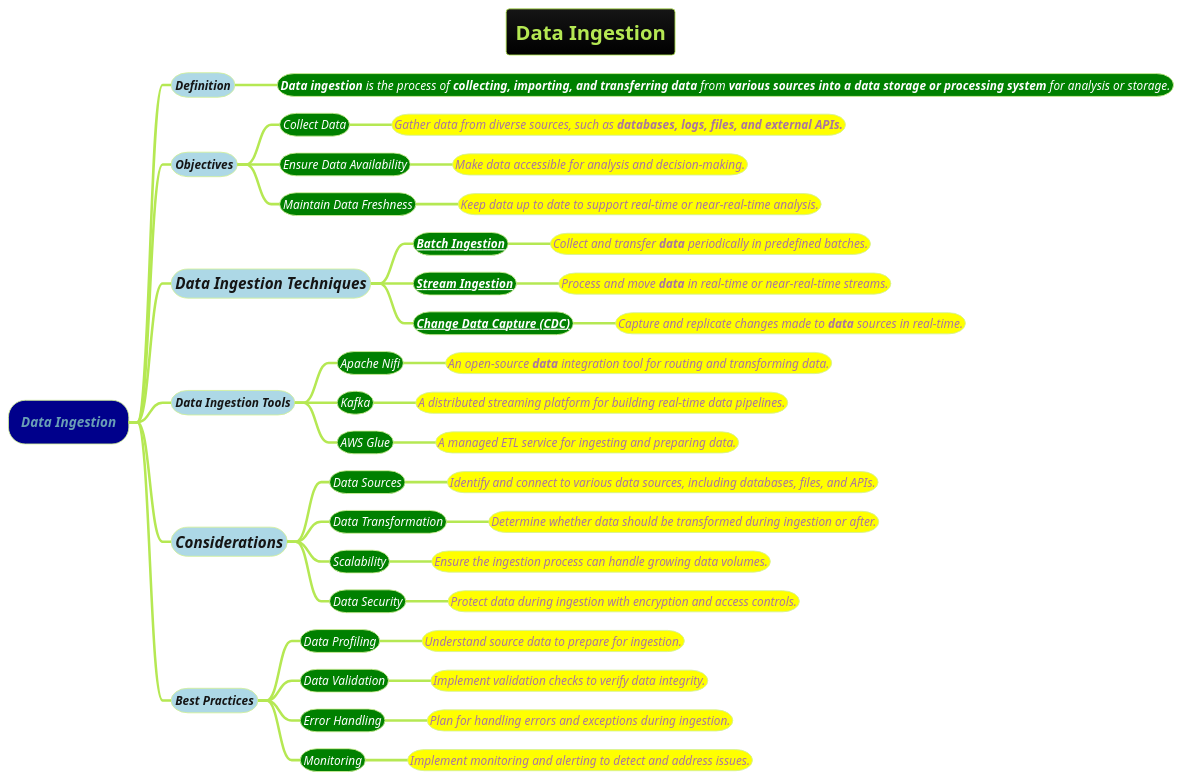
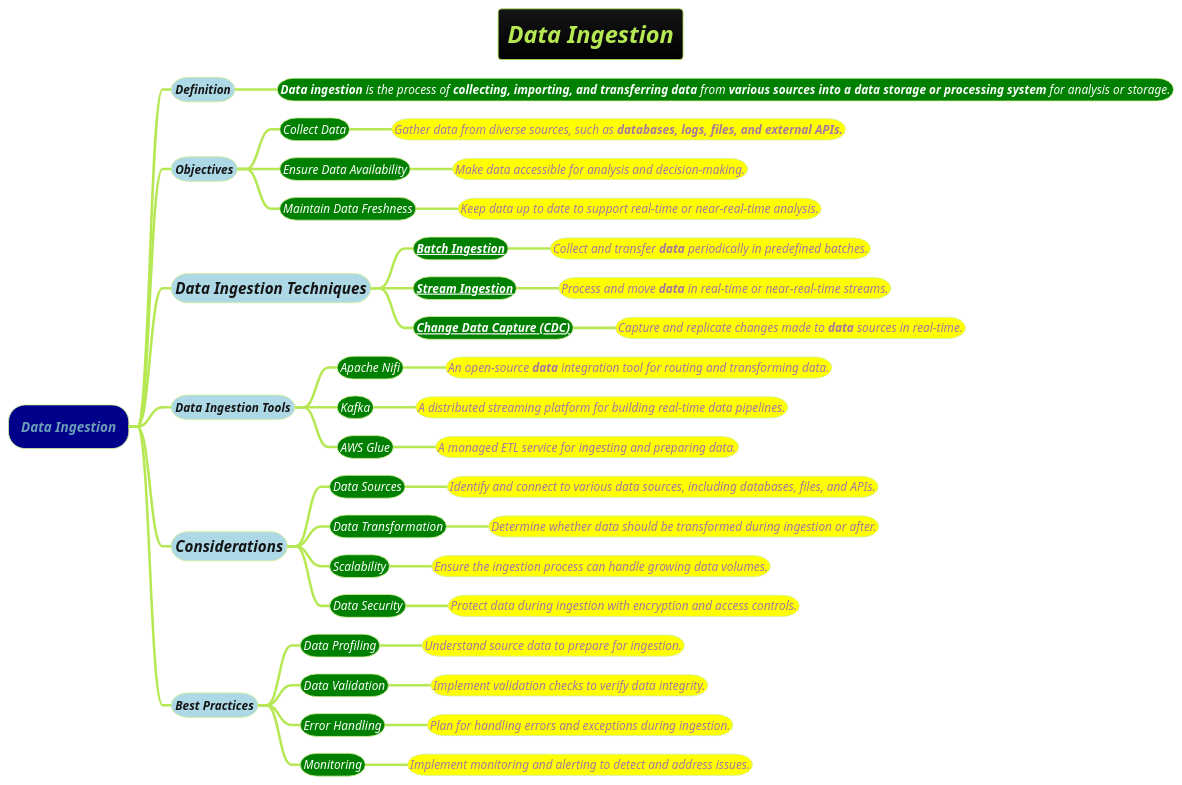
The diagram in docs/AI-ML-DL-Data-Science-and-BigData/data-science/data-engineering/data-pipeline/Data-Ingestion.puml (MehmoodHashmi/Documentation-as-Code-DaC), drawn with PlantUML before and after one commit. The commit also changed 4 other files, not shown here.

```diff
--- a/docs/AI-ML-DL-Data-Science-and-BigData/data-science/data-engineering/data-pipeline/Data-Ingestion.puml
+++ b/docs/AI-ML-DL-Data-Science-and-BigData/data-science/data-engineering/data-pipeline/Data-Ingestion.puml
@@ -1,54 +1,54 @@
 @startmindmap
-title =Data Ingestion
+title =<i>Data Ingestion
 !theme hacker
 
-*[#darkblue] ====Data Ingestion
-**[#lightblue] ====<size:14>Definition
-***[#green] ====<size:14><color #white>**Data ingestion** is the process of **collecting, importing, and transferring data** from **various sources into a data storage or processing system** for analysis or storage.
+*[#darkblue] <i>Data Ingestion
+**[#lightblue] <i><size:14>Definition
+***[#green] <i><size:14><color #white>**Data ingestion** is the process of **collecting, importing, and transferring data** from **various sources into a data storage or processing system** for analysis or storage.
 
-**[#lightblue] ====<size:14>Objectives
-***[#green] ====<size:14><color #white>Collect Data
-****[#yellow] ====<size:14>Gather data from diverse sources, such as **databases, logs, files, and external APIs.**
-***[#green] ====<size:14><color #white>Ensure Data Availability
-****[#yellow] ====<size:14>Make data accessible for analysis and decision-making.
-***[#green] ====<size:14><color #white>Maintain Data Freshness
-****[#yellow] ====<size:14>Keep data up to date to support real-time or near-real-time analysis.
+**[#lightblue] <i><size:14>Objectives
+***[#green] <i><size:14><color #white>Collect Data
+****[#yellow] <i><size:14>Gather data from diverse sources, such as **databases, logs, files, and external APIs.**
+***[#green] <i><size:14><color #white>Ensure Data Availability
+****[#yellow] <i><size:14>Make data accessible for analysis and decision-making.
+***[#green] <i><size:14><color #white>Maintain Data Freshness
+****[#yellow] <i><size:14>Keep data up to date to support real-time or near-real-time analysis.
 
-**[#lightblue] ====<size:18>Data Ingestion Techniques
-***[#green] ====<size:14>**[[Batch-Ingestion.puml Batch Ingestion]]**
-****[#yellow] ====<size:14>Collect and transfer **data** periodically in predefined batches.
-***[#green] ====<size:14>**[[Stream-Ingestion.puml Stream Ingestion]]**
-****[#yellow] ====<size:14>Process and move **data** in real-time or near-real-time streams.
-***[#green] ====<size:14>**[[Change-Data-Capture-(CDC).puml Change Data Capture (CDC)]]**
-****[#yellow] ====<size:14>Capture and replicate changes made to **data** sources in real-time.
+**[#lightblue] <i><size:18>Data Ingestion Techniques
+***[#green] <i><size:14>**[[Batch-Ingestion.puml Batch Ingestion]]**
+****[#yellow] <i><size:14>Collect and transfer **data** periodically in predefined batches.
+***[#green] <i><size:14>**[[Stream-Ingestion.puml Stream Ingestion]]**
+****[#yellow] <i><size:14>Process and move **data** in real-time or near-real-time streams.
+***[#green] <i><size:14>**[[Change-Data-Capture-(CDC).puml Change Data Capture (CDC)]]**
+****[#yellow] <i><size:14>Capture and replicate changes made to **data** sources in real-time.
 
-**[#lightblue] ====<size:14>Data Ingestion Tools
-***[#green] ====<size:14><color #white>Apache Nifi
-****[#yellow] ====<size:14>An open-source **data** integration tool for routing and transforming data.
-***[#green] ====<size:14><color #white>Kafka
-****[#yellow] ====<size:14>A distributed streaming platform for building real-time data pipelines.
-***[#green] ====<size:14><color #white>AWS Glue
-****[#yellow] ====<size:14>A managed ETL service for ingesting and preparing data.
+**[#lightblue] <i><size:14>Data Ingestion Tools
+***[#green] <i><size:14><color #white>Apache Nifi
+****[#yellow] <i><size:14>An open-source **data** integration tool for routing and transforming data.
+***[#green] <i><size:14><color #white>Kafka
+****[#yellow] <i><size:14>A distributed streaming platform for building real-time data pipelines.
+***[#green] <i><size:14><color #white>AWS Glue
+****[#yellow] <i><size:14>A managed ETL service for ingesting and preparing data.
 
-**[#lightblue] ====<size:18>Considerations
-***[#green] ====<size:14><color #white>Data Sources
-****[#yellow] ====<size:14>Identify and connect to various data sources, including databases, files, and APIs.
-***[#green] ====<size:14><color #white>Data Transformation
-****[#yellow] ====<size:14>Determine whether data should be transformed during ingestion or after.
-***[#green] ====<size:14><color #white>Scalability
-****[#yellow] ====<size:14>Ensure the ingestion process can handle growing data volumes.
+**[#lightblue] <i><size:18>Considerations
+***[#green] <i><size:14><color #white>Data Sources
+****[#yellow] <i><size:14>Identify and connect to various data sources, including databases, files, and APIs.
+***[#green] <i><size:14><color #white>Data Transformation
+****[#yellow] <i><size:14>Determine whether data should be transformed during ingestion or after.
+***[#green] <i><size:14><color #white>Scalability
+****[#yellow] <i><size:14>Ensure the ingestion process can handle growing data volumes.
 
-***[#green] ====<size:14><color #white>Data Security
-****[#yellow] ====<size:14>Protect data during ingestion with encryption and access controls.
+***[#green] <i><size:14><color #white>Data Security
+****[#yellow] <i><size:14>Protect data during ingestion with encryption and access controls.
 
-**[#lightblue] ====<size:14>Best Practices
-***[#green] ====<size:14><color #white>Data Profiling
-****[#yellow] ====<size:14>Understand source data to prepare for ingestion.
-***[#green] ====<size:14><color #white>Data Validation
-****[#yellow] ====<size:14>Implement validation checks to verify data integrity.
-***[#green] ====<size:14><color #white>Error Handling
-****[#yellow] ====<size:14>Plan for handling errors and exceptions during ingestion.
-***[#green] ====<size:14><color #white>Monitoring
-****[#yellow] ====<size:14>Implement monitoring and alerting to detect and address issues.
+**[#lightblue] <i><size:14>Best Practices
+***[#green] <i><size:14><color #white>Data Profiling
+****[#yellow] <i><size:14>Understand source data to prepare for ingestion.
+***[#green] <i><size:14><color #white>Data Validation
+****[#yellow] <i><size:14>Implement validation checks to verify data integrity.
+***[#green] <i><size:14><color #white>Error Handling
+****[#yellow] <i><size:14>Plan for handling errors and exceptions during ingestion.
+***[#green] <i><size:14><color #white>Monitoring
+****[#yellow] <i><size:14>Implement monitoring and alerting to detect and address issues.
 
 @endmindmap
```
